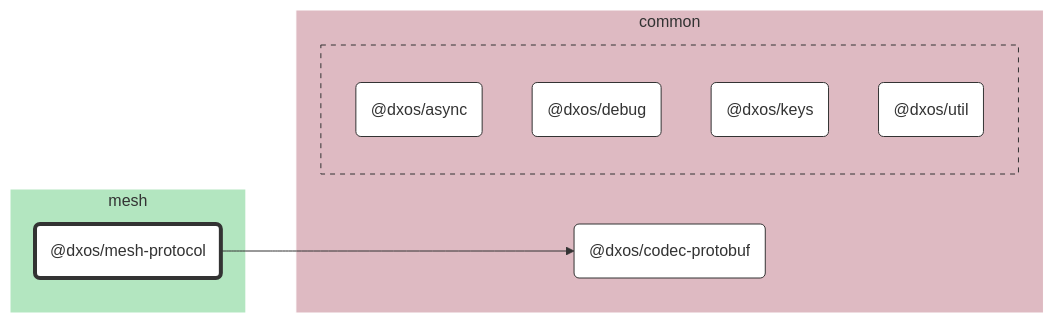
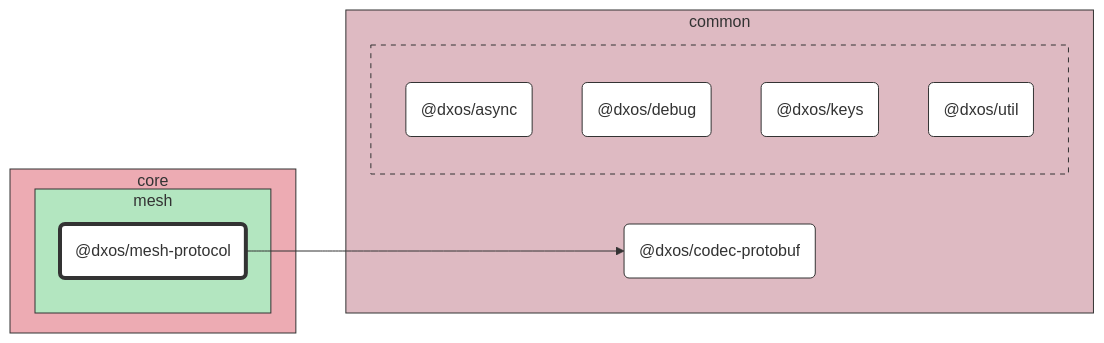
Before and after one commit to dxos/dxos: the diagram in packages/core/mesh/mesh-protocol/docs/README.md, drawn with Mermaid. The commit also changed 89 other files, not shown here.

````diff
--- a/packages/core/mesh/mesh-protocol/docs/README.md
+++ b/packages/core/mesh/mesh-protocol/docs/README.md
@@ -7,39 +7,43 @@
 ```mermaid
 %%{ init: {'flowchart':{'curve':'basis'}} }%%
 
 flowchart LR
 
 %% Classes
 classDef def fill:#fff,stroke:#333,stroke-width:1px
 classDef root fill:#fff,stroke:#333,stroke-width:4px
 
 %% Nodes
 
-subgraph mesh [mesh]
-  style mesh fill:#b3e6c0,stroke:#fff
-  dxos/mesh-protocol("@dxos/mesh-protocol"):::root
-  click dxos/mesh-protocol "dxos/dxos/tree/main/packages/core/mesh/mesh-protocol/docs"
+subgraph core [core]
+  style core fill:#edabb3,stroke:#333
+
+  subgraph mesh [mesh]
+    style mesh fill:#b3e6c0,stroke:#333
+    dxos/mesh-protocol("@dxos/mesh-protocol"):::root
+    click dxos/mesh-protocol "dxos/dxos/tree/main/packages/core/mesh/mesh-protocol/docs"
+  end
 end
 
 subgraph common [common]
-  style common fill:#debac2,stroke:#fff
+  style common fill:#debac2,stroke:#333
   dxos/codec-protobuf("@dxos/codec-protobuf"):::def
   click dxos/codec-protobuf "dxos/dxos/tree/main/packages/common/codec-protobuf/docs"
 
-  subgraph common-excluded [ ]
-    style common-excluded fill:#debac2,stroke:#333,stroke-dasharray:5 5
+  subgraph _ [ ]
+    style _ fill:#debac2,stroke:#333,stroke-dasharray:5 5
     dxos/async("@dxos/async"):::def
     click dxos/async "dxos/dxos/tree/main/packages/common/async/docs"
     dxos/debug("@dxos/debug"):::def
     click dxos/debug "dxos/dxos/tree/main/packages/common/debug/docs"
     dxos/keys("@dxos/keys"):::def
     click dxos/keys "dxos/dxos/tree/main/packages/common/keys/docs"
     dxos/util("@dxos/util"):::def
     click dxos/util "dxos/dxos/tree/main/packages/common/util/docs"
   end
 end
 
 %% Links
 linkStyle default stroke:#333,stroke-width:1px
 dxos/mesh-protocol --> dxos/codec-protobuf
 ```
````
